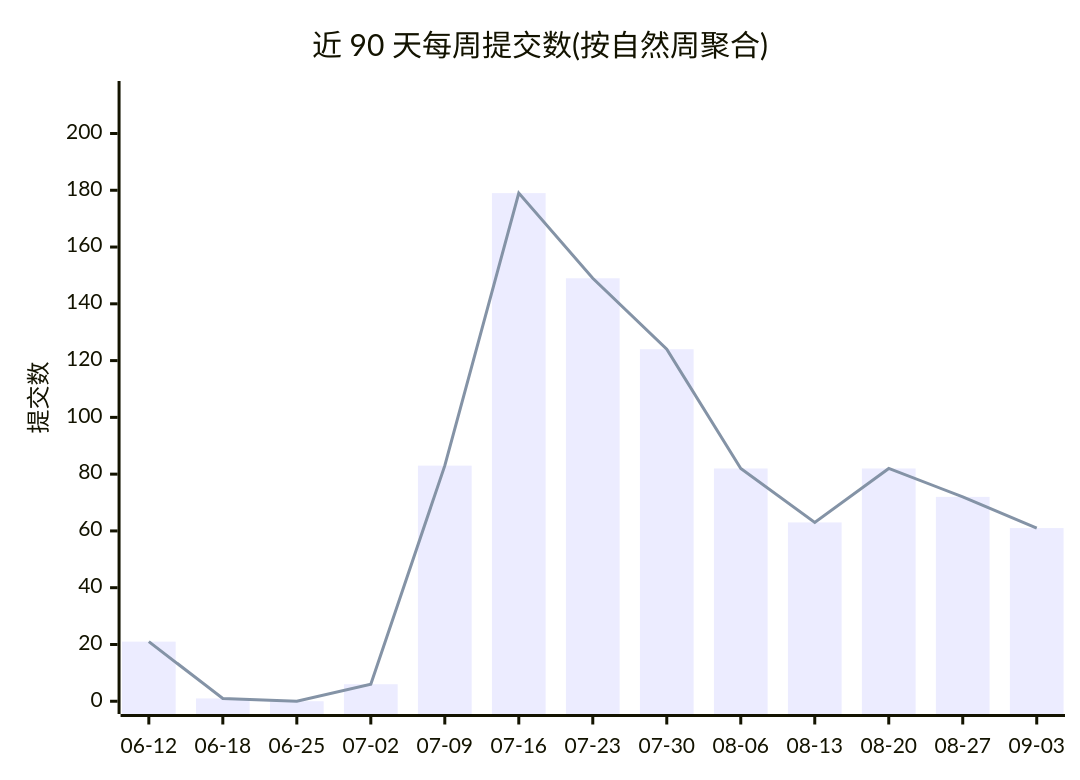
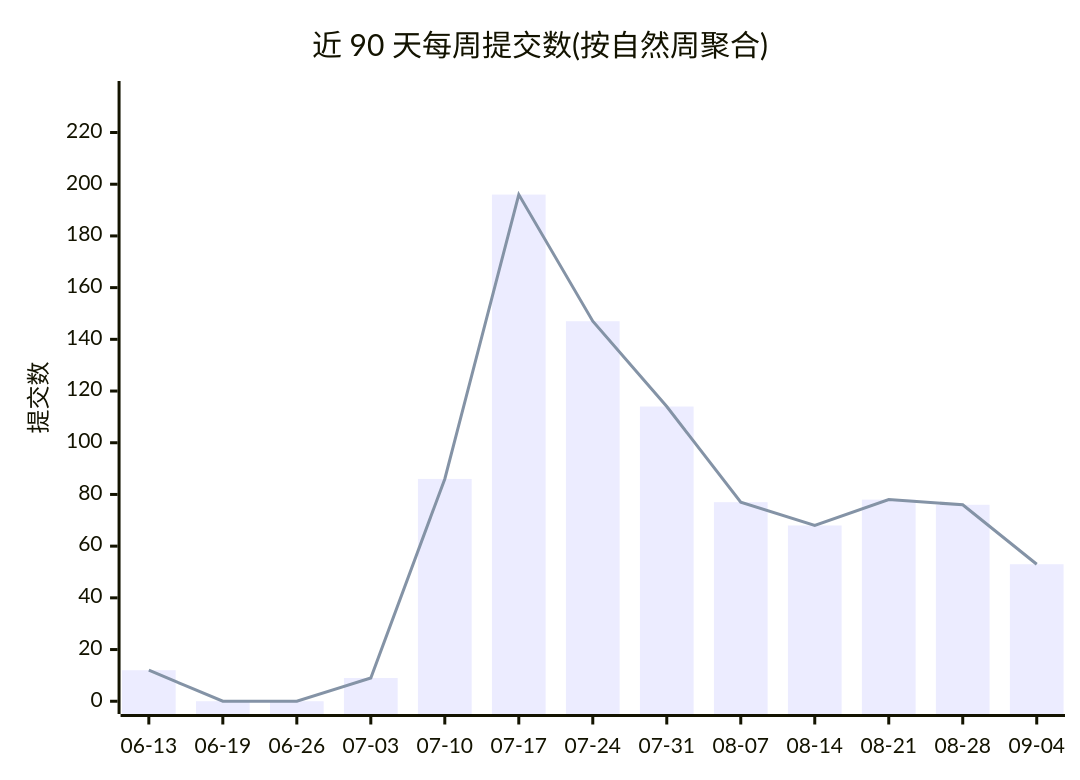
The first of 2 diagrams in profile/README.md (Conflux-Union/.github), drawn with Mermaid before and after one commit. The commit also changed other lines of this file and 1 other file, not shown here.

````diff
--- a/profile/README.md
+++ b/profile/README.md
@@ -44,8 +44,8 @@
 ```mermaid
 xychart-beta
     title "近 90 天每周提交数(按自然周聚合)"
-    x-axis ["06-12", "06-18", "06-25", "07-02", "07-09", "07-16", "07-23", "07-30", "08-06", "08-13", "08-20", "08-27", "09-03"]
-    y-axis "提交数" 0 --> 214
-    bar [21, 1, 0, 6, 83, 179, 149, 124, 82, 63, 82, 72, 61]
-    line [21, 1, 0, 6, 83, 179, 149, 124, 82, 63, 82, 72, 61]
+    x-axis ["06-13", "06-19", "06-26", "07-03", "07-10", "07-17", "07-24", "07-31", "08-07", "08-14", "08-21", "08-28", "09-04"]
+    y-axis "提交数" 0 --> 235
+    bar [12, 0, 0, 9, 86, 196, 147, 114, 77, 68, 78, 76, 53]
+    line [12, 0, 0, 9, 86, 196, 147, 114, 77, 68, 78, 76, 53]
 ```
````
